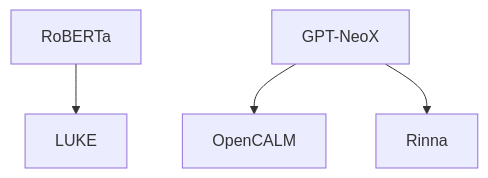
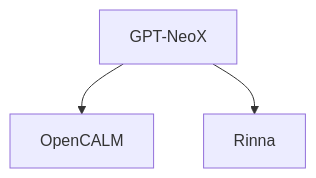
One commit to ted-sharp/chatvox changed diagram 17 of 17 in doc/llm.md. Above: the diagram before and after it, drawn with Mermaid. The commit also changed other lines of this file, not shown here.

````diff
--- a/doc/llm.md
+++ b/doc/llm.md
@@ -663,7 +688,6 @@
 ```mermaid
 flowchart
 
-RoBERTa --> LUKE
 GPT-NeoX --> OpenCALM
 GPT-NeoX --> Rinna
 ```
````
